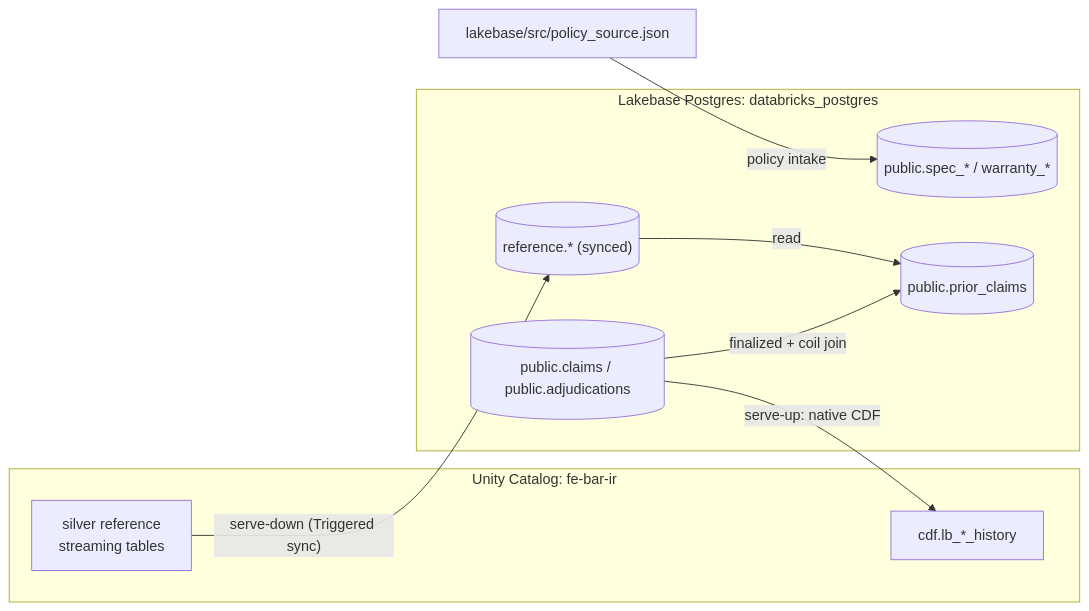
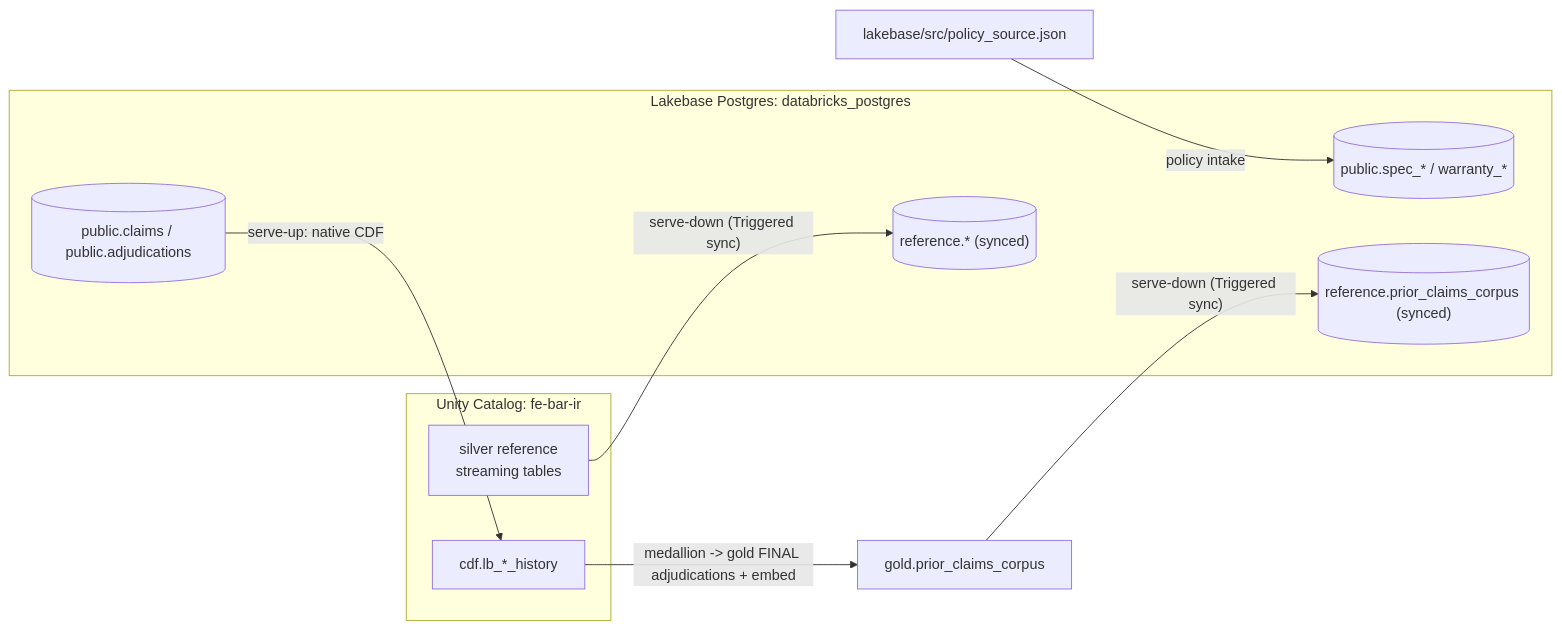
Before and after one commit to Irtebat/claims-adjudication-agent-demo: the diagram in lakebase/README.md, drawn with Mermaid. The commit also changed other lines of this file and 11 other files, not shown here.

````diff
--- a/lakebase/README.md
+++ b/lakebase/README.md
@@ -77,19 +92,20 @@
 ```mermaid
 flowchart LR
   subgraph UC["Unity Catalog: fe-bar-ir"]
     silverref["silver reference<br/>streaming tables"]
     cdfland["cdf.lb_*_history"]
   end
   subgraph LB["Lakebase Postgres: databricks_postgres"]
     ref[("reference.* (synced)")]
     oltp[("public.claims / public.adjudications")]
     policy[("public.spec_* / warranty_*")]
-    prior[("public.prior_claims")]
+    prior[("reference.prior_claims_corpus (synced)")]
   end
+  goldcorpus["gold.prior_claims_corpus"]
 
   silverref -- "serve-down (Triggered sync)" --> ref
   oltp -- "serve-up: native CDF" --> cdfland
   policyjson["lakebase/src/policy_source.json"] -- "policy intake" --> policy
-  oltp -- "finalized + coil join" --> prior
-  ref -- read --> prior
+  cdfland -- "medallion -> gold FINAL adjudications + embed" --> goldcorpus
+  goldcorpus -- "serve-down (Triggered sync)" --> prior
 ```
````
